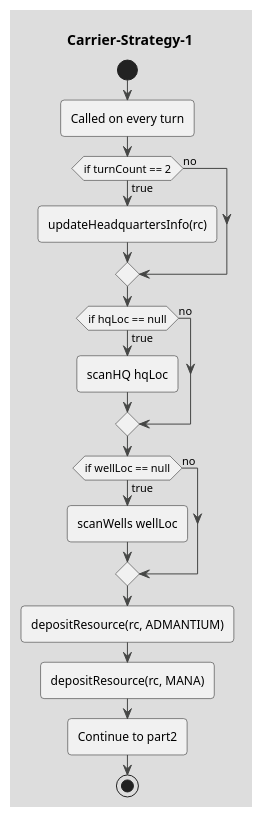
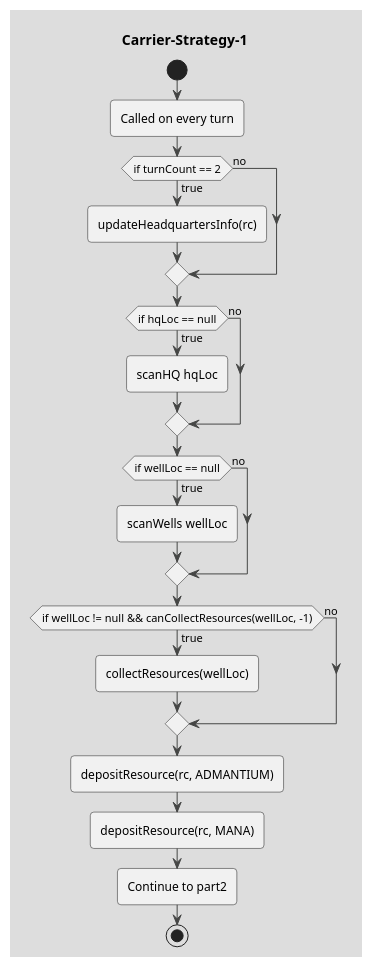
Before and after one commit to coding-to-music/plantuml-diagram-examples: the diagram in drawings/Carrier-Strategy-1.puml, drawn with PlantUML. The commit also changed 1 other file, not shown here.

```diff
--- a/drawings/Carrier-Strategy-1.puml
+++ b/drawings/Carrier-Strategy-1.puml
@@ -1,27 +1,34 @@
 @startuml Carrier-Strategy-1
 !theme toy 
 title Carrier-Strategy-1
 start
 
 :Called on every turn; 
 
 if (if turnCount == 2) then (true) 
-:updateHeadquartersInfo(rc); 
+    :updateHeadquartersInfo(rc); 
 else (no)
 endif
+
 if (if hqLoc == null) then (true) 
-:scanHQ hqLoc; 
+    :scanHQ hqLoc; 
 else (no)
 endif
+
 if (if wellLoc == null) then (true) 
-:scanWells wellLoc; 
+    :scanWells wellLoc; 
+else (no)
+endif
+
+if (if wellLoc != null && canCollectResources(wellLoc, -1)) then (true) 
+    :collectResources(wellLoc); 
 else (no)
 endif
 
 :depositResource(rc, ADMANTIUM); 
 
 :depositResource(rc, MANA); 
 
 :Continue to part2; 
 stop
 @enduml
```
